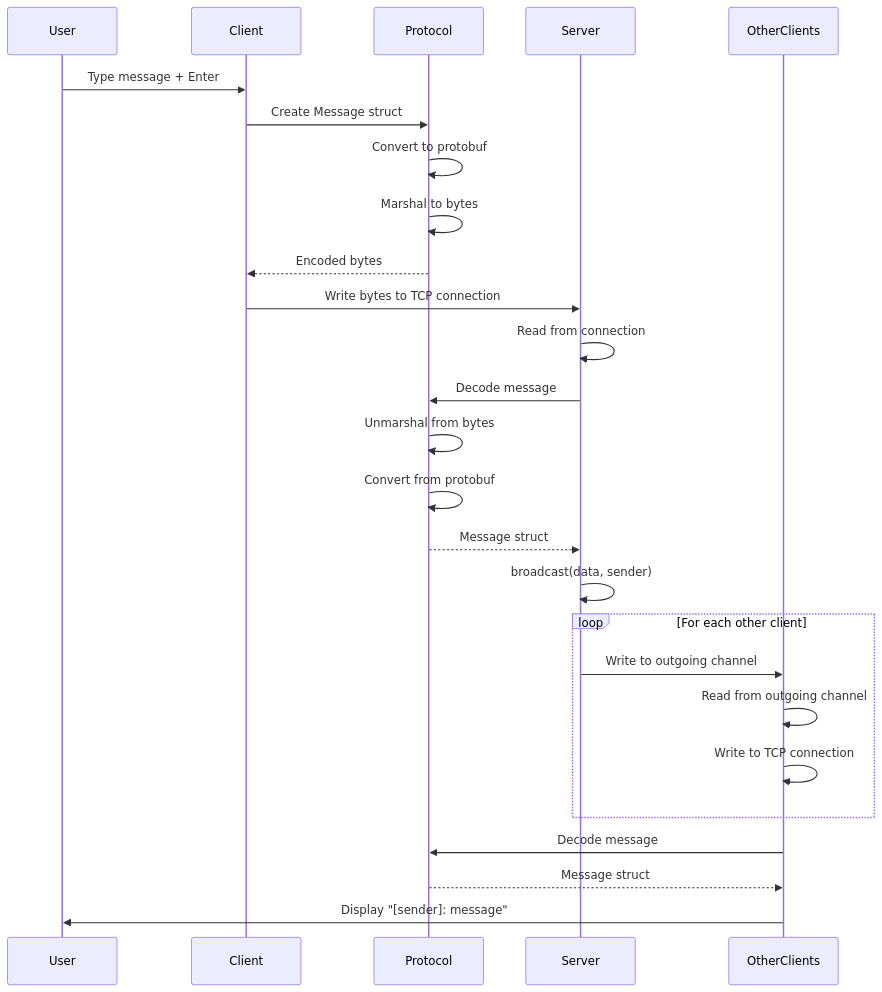
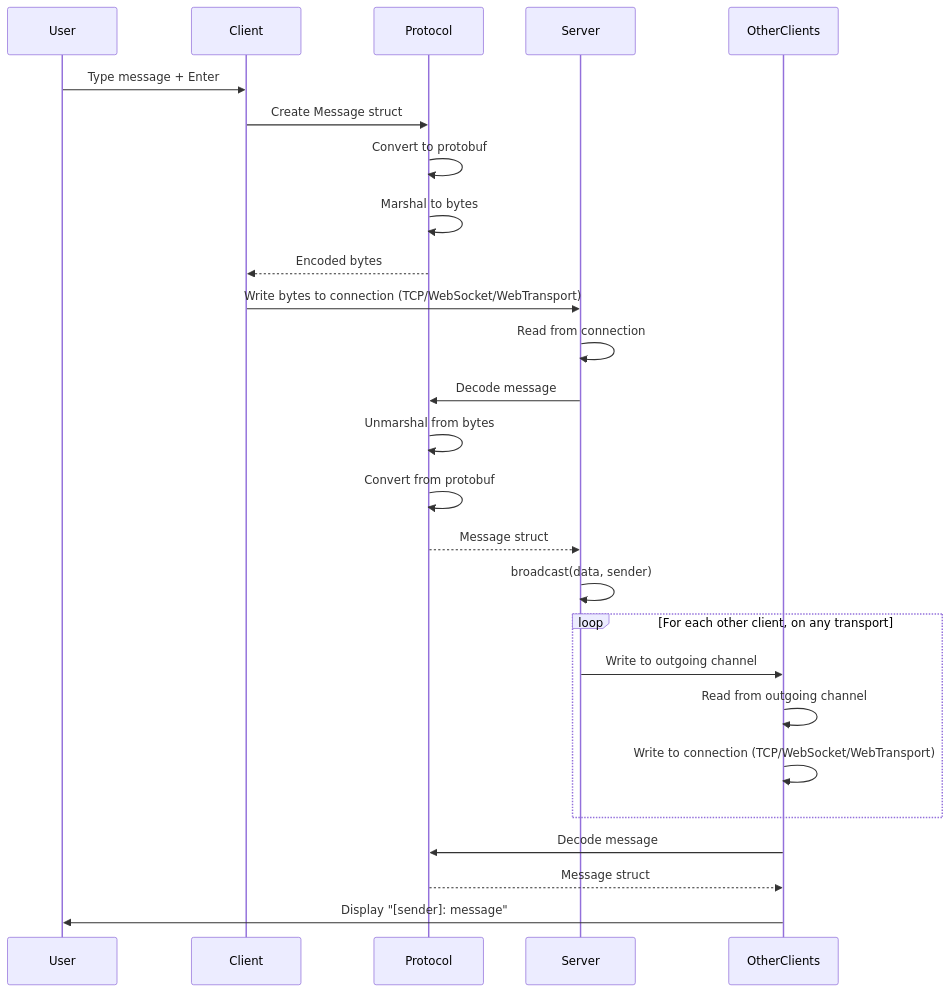
One commit to Omochice/toy-socket-chat changed the fourth of 5 diagrams in doc/architecture.md. Above: the diagram before and after it, drawn with Mermaid. The commit also changed other lines of this file and 13 other files, not shown here.

First line of the commit message:
feat: support WebTransport as a chat transport (#114)

````diff
--- a/doc/architecture.md
+++ b/doc/architecture.md
@@ -325,33 +393,33 @@
 ```mermaid
 sequenceDiagram
     participant User
     participant Client
     participant Protocol
     participant Server
     participant OtherClients
 
     User->>Client: Type message + Enter
     Client->>Protocol: Create Message struct
     Protocol->>Protocol: Convert to protobuf
     Protocol->>Protocol: Marshal to bytes
     Protocol-->>Client: Encoded bytes
 
-    Client->>Server: Write bytes to TCP connection
+    Client->>Server: Write bytes to connection (TCP/WebSocket/WebTransport)
     Server->>Server: Read from connection
     Server->>Protocol: Decode message
     Protocol->>Protocol: Unmarshal from bytes
     Protocol->>Protocol: Convert from protobuf
     Protocol-->>Server: Message struct
 
     Server->>Server: broadcast(data, sender)
 
-    loop For each other client
+    loop For each other client, on any transport
         Server->>OtherClients: Write to outgoing channel
         OtherClients->>OtherClients: Read from outgoing channel
-        OtherClients->>OtherClients: Write to TCP connection
+        OtherClients->>OtherClients: Write to connection (TCP/WebSocket/WebTransport)
     end
 
     OtherClients->>Protocol: Decode message
     Protocol-->>OtherClients: Message struct
     OtherClients->>User: Display "[sender]: message"
 ```
````
